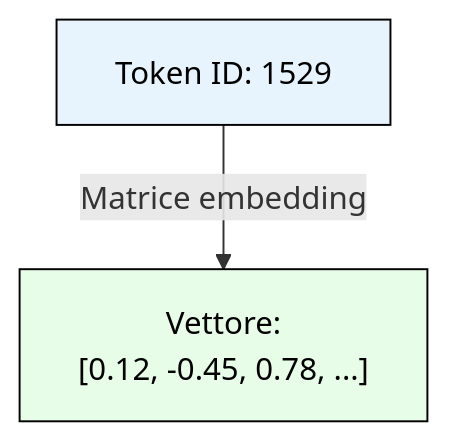
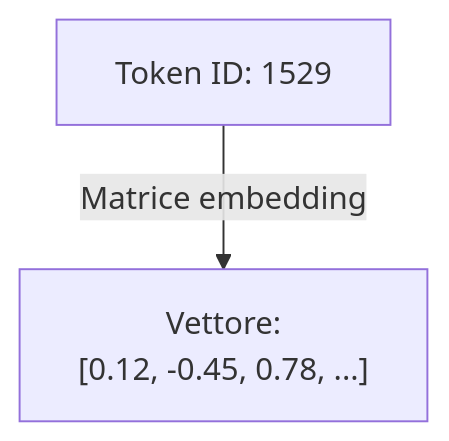
One commit to gdegani/its_slides_ai changed the third of 7 diagrams in pages/slides_lezione1.md. Above: the diagram before and after it, drawn with Mermaid. The commit also changed other lines of this file and 2 other files, not shown here.

````diff
--- a/pages/slides_lezione1.md
+++ b/pages/slides_lezione1.md
@@ -264,6 +253,4 @@
 ```mermaid
 flowchart TD
     A["Token ID: 1529"] -->|Matrice embedding| B["Vettore:\n[0.12, -0.45, 0.78, ...]"]
-    style A fill:#e8f4fd,stroke:#000,color:#000
-    style B fill:#e8fde8,stroke:#000,color:#000
 ```
````
